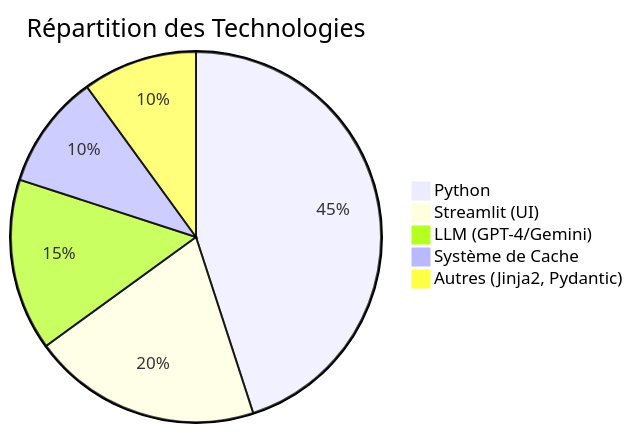
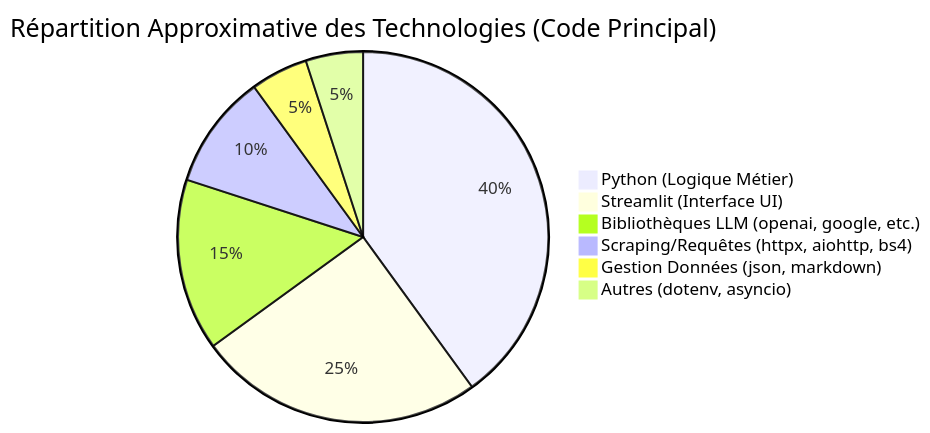
The first of 3 diagrams in README.md (Matosa33/redactor_seo), drawn with Mermaid before and after one commit. The commit also changed other lines of this file, not shown here.

````diff
--- a/README.md
+++ b/README.md
@@ -41,9 +45,10 @@
 ```mermaid
 pie
-    title Répartition des Technologies
-    "Python" : 45
-    "Streamlit (UI)" : 20
-    "LLM (GPT-4/Gemini)" : 15
-    "Système de Cache" : 10
-    "Autres (Jinja2, Pydantic)" : 10
+    title Répartition Approximative des Technologies (Code Principal)
+    "Python (Logique Métier)" : 40
+    "Streamlit (Interface UI)" : 25
+    "Bibliothèques LLM (openai, google, etc.)" : 15
+    "Scraping/Requêtes (httpx, aiohttp, bs4)" : 10
+    "Gestion Données (json, markdown)" : 5
+    "Autres (dotenv, asyncio)" : 5
 ```
````
